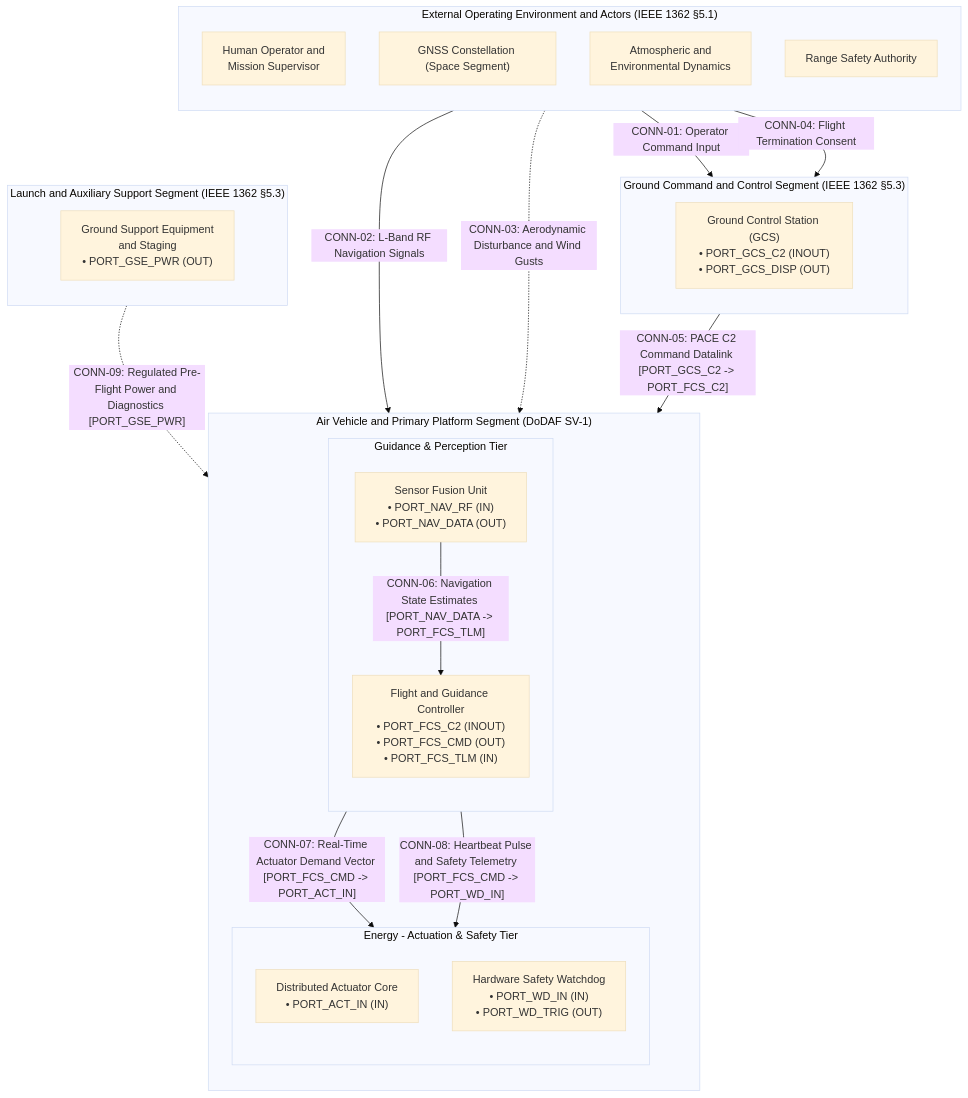
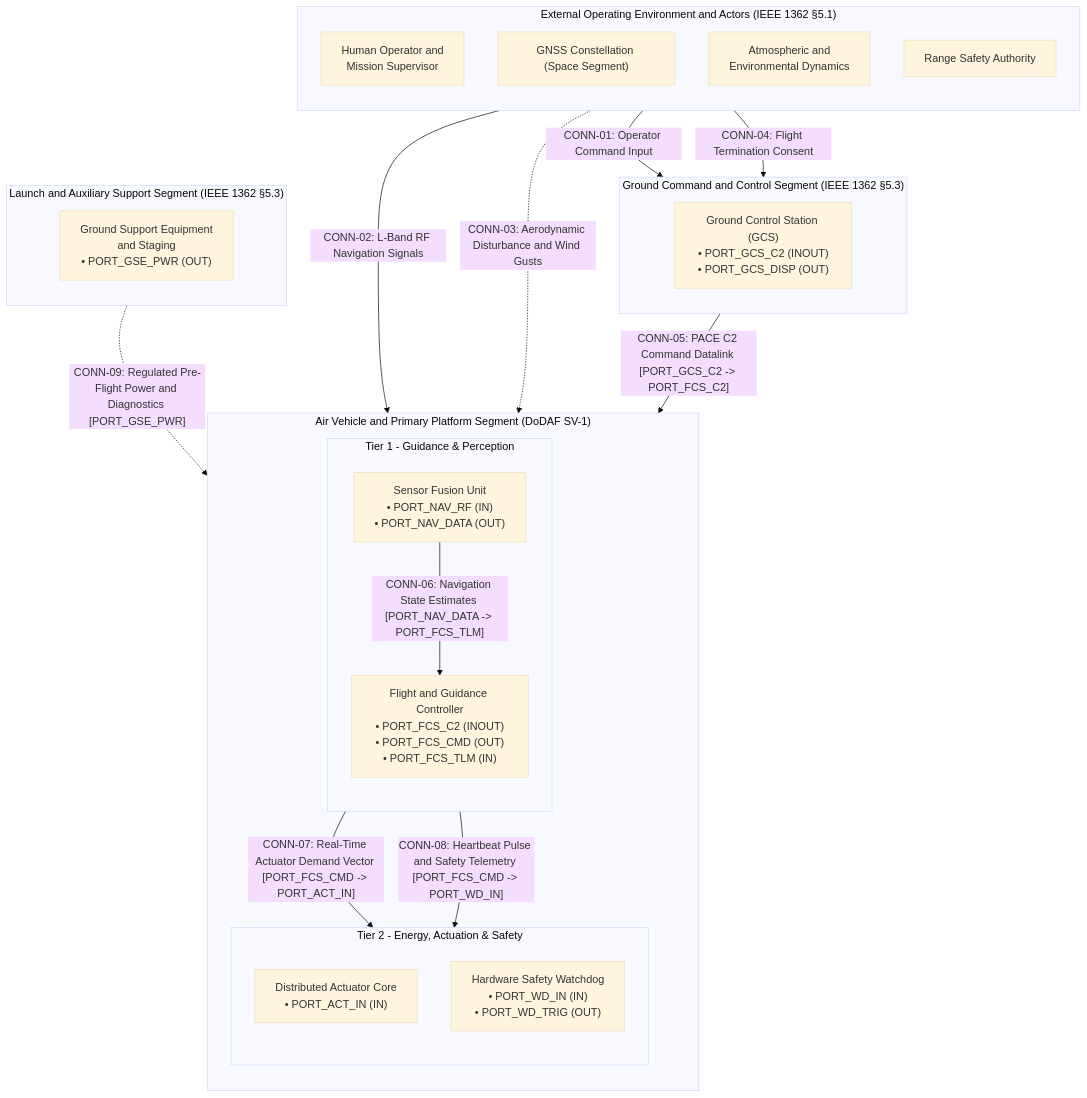
One commit to gintatkinson/DEAP01-spec-core changed the second of 5 diagrams in skills/spec-conops-engineering/SKILL.md. Above: the diagram before and after it, drawn with Mermaid (base theme). The commit also changed other lines of this file and 2 other files, not shown here.

Commit message:
feat(validator): enforce SV-1 multi-segment vertical stacking and Rule E3 tiering (#342)

````diff
--- a/skills/spec-conops-engineering/SKILL.md
+++ b/skills/spec-conops-engineering/SKILL.md
@@ -268,53 +275,54 @@
 ```mermaid
 flowchart TD
     subgraph External_Actors["External Operating Environment and Actors (IEEE 1362 §5.1)"]
         direction TB
         Operator["Human Operator and<br/>Mission Supervisor"]
         GNSS_Space["GNSS Constellation (Space Segment)"]
         Environment["Atmospheric and<br/>Environmental Dynamics"]
         RangeSafety["Range Safety Authority"]
     end
 
     subgraph Ground_Segment["Ground Command and Control Segment (IEEE 1362 §5.3)"]
         direction TB
         GCS["Ground Control Station (GCS)<br/>• PORT_GCS_C2 (INOUT)<br/>• PORT_GCS_DISP (OUT)"]
     end
 
-    subgraph Platform_Segment["Air Vehicle and Primary Platform Segment (DoDAF SV-1)"]
+    subgraph Air_Vehicle_Segment["Air Vehicle and Primary Platform Segment (DoDAF SV-1)"]
         direction TB
-        subgraph Tier1_Processing["Guidance & Perception Tier"]
+        subgraph AV_Tier1["Tier 1 - Guidance & Perception"]
             direction TB
             FCS["Flight and Guidance Controller<br/>• PORT_FCS_C2 (INOUT)<br/>• PORT_FCS_CMD (OUT)<br/>• PORT_FCS_TLM (IN)"]
             NavSensors["Sensor Fusion Unit<br/>• PORT_NAV_RF (IN)<br/>• PORT_NAV_DATA (OUT)"]
         end
 
-        subgraph Tier2_Actuation["Energy - Actuation & Safety Tier"]
+        subgraph AV_Tier2["Tier 2 - Energy, Actuation & Safety"]
             direction TB
             Actuators["Distributed Actuator Core<br/>• PORT_ACT_IN (IN)"]
             Watchdog["Hardware Safety Watchdog<br/>• PORT_WD_IN (IN)<br/>• PORT_WD_TRIG (OUT)"]
         end
 
-        Tier1_Processing ~~~ Tier2_Actuation
+        AV_Tier1 ~~~ AV_Tier2
     end
 
     subgraph Support_Segment["Launch and Auxiliary Support Segment (IEEE 1362 §5.3)"]
         direction TB
         GSE["Ground Support Equipment<br/>and Staging<br/>• PORT_GSE_PWR (OUT)"]
     end
 
-    Ground_Segment ~~~ Platform_Segment
-    Platform_Segment ~~~ Support_Segment
+    External_Actors ~~~ Ground_Segment
+    Ground_Segment ~~~ Air_Vehicle_Segment
+    Air_Vehicle_Segment ~~~ Support_Segment
 
     %% External Interface Connections
     Operator -->|"CONN-01: Operator Command Input"| GCS
     GNSS_Space -->|"CONN-02: L-Band RF Navigation Signals"| NavSensors
     Environment -.->|"CONN-03: Aerodynamic Disturbance and Wind Gusts"| Actuators
     RangeSafety -->|"CONN-04: Flight Termination Consent"| GCS
 
     %% Segment Inter-Connects (Item Flows)
     GCS -->|"CONN-05: PACE C2 Command Datalink [PORT_GCS_C2 -> PORT_FCS_C2]"| FCS
     NavSensors -->|"CONN-06: Navigation State Estimates [PORT_NAV_DATA -> PORT_FCS_TLM]"| FCS
     FCS -->|"CONN-07: Real-Time Actuator Demand Vector [PORT_FCS_CMD -> PORT_ACT_IN]"| Actuators
     FCS -->|"CONN-08: Heartbeat Pulse and Safety Telemetry [PORT_FCS_CMD -> PORT_WD_IN]"| Watchdog
-    GSE -.->|"CONN-09: Regulated Pre-Flight Power and Diagnostics [PORT_GSE_PWR]"| Platform_Segment
+    GSE -.->|"CONN-09: Regulated Pre-Flight Power and Diagnostics [PORT_GSE_PWR]"| Air_Vehicle_Segment
 ```
````
